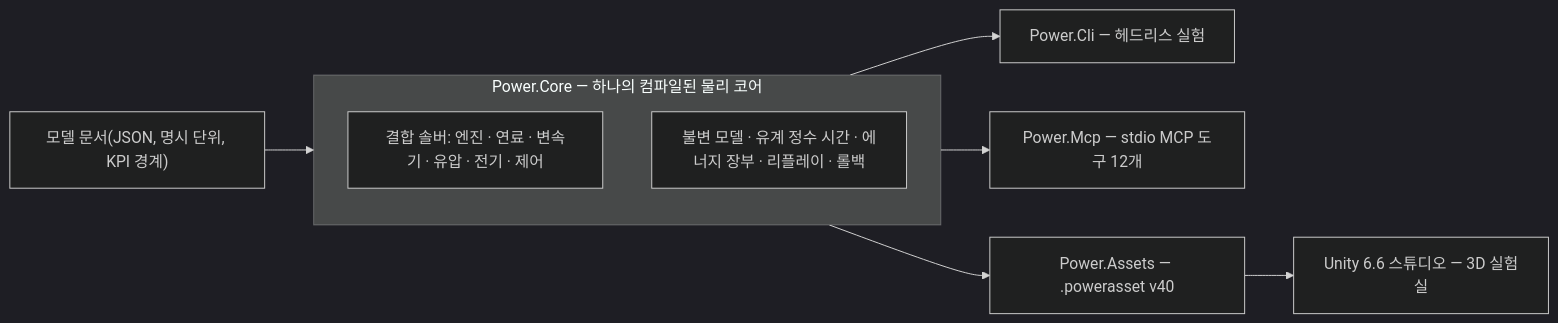
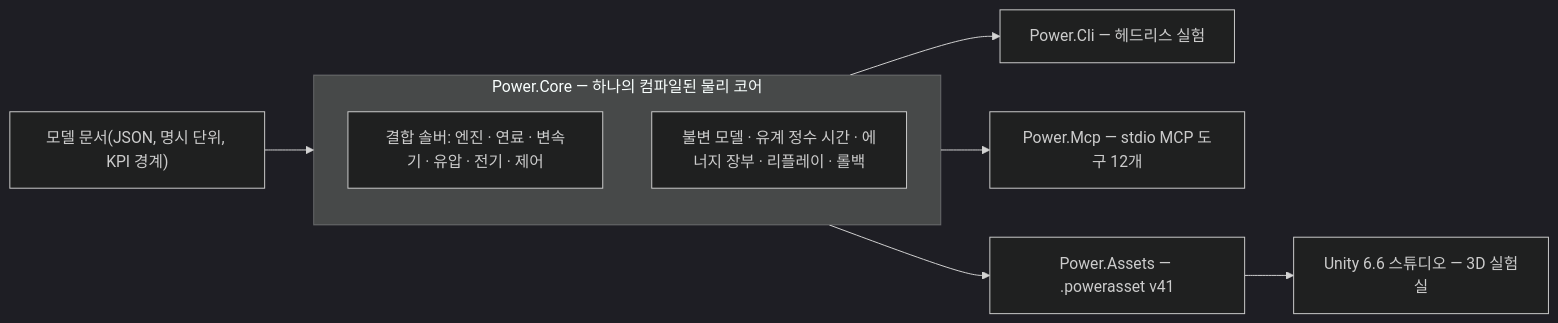
One commit to Water-Run/Power changed the diagram in README.ko.md. Above: the diagram before and after it, drawn with Mermaid (dark theme). The commit also changed other lines of this file and 284 other files, not shown here.

````diff
--- a/README.ko.md
+++ b/README.ko.md
@@ -13,18 +13,18 @@
 ```mermaid
 flowchart LR
     model["모델 문서(JSON, 명시 단위, KPI 경계)"]
     subgraph core["Power.Core — 하나의 컴파일된 물리 코어"]
         solvers["결합 솔버: 엔진 · 연료 · 변속기 · 유압 · 전기 · 제어"]
         invariants["불변 모델 · 유계 정수 시간 · 에너지 장부 · 리플레이 · 롤백"]
     end
     cli["Power.Cli — 헤드리스 실험"]
     mcp["Power.Mcp — stdio MCP 도구 12개"]
-    assets["Power.Assets — .powerasset v40"]
+    assets["Power.Assets — .powerasset v41"]
     unity["Unity 6.6 스튜디오 — 3D 실험실"]
 
     model --> core
     core --> cli
     core --> mcp
     core --> assets
     assets --> unity
 ```
````
